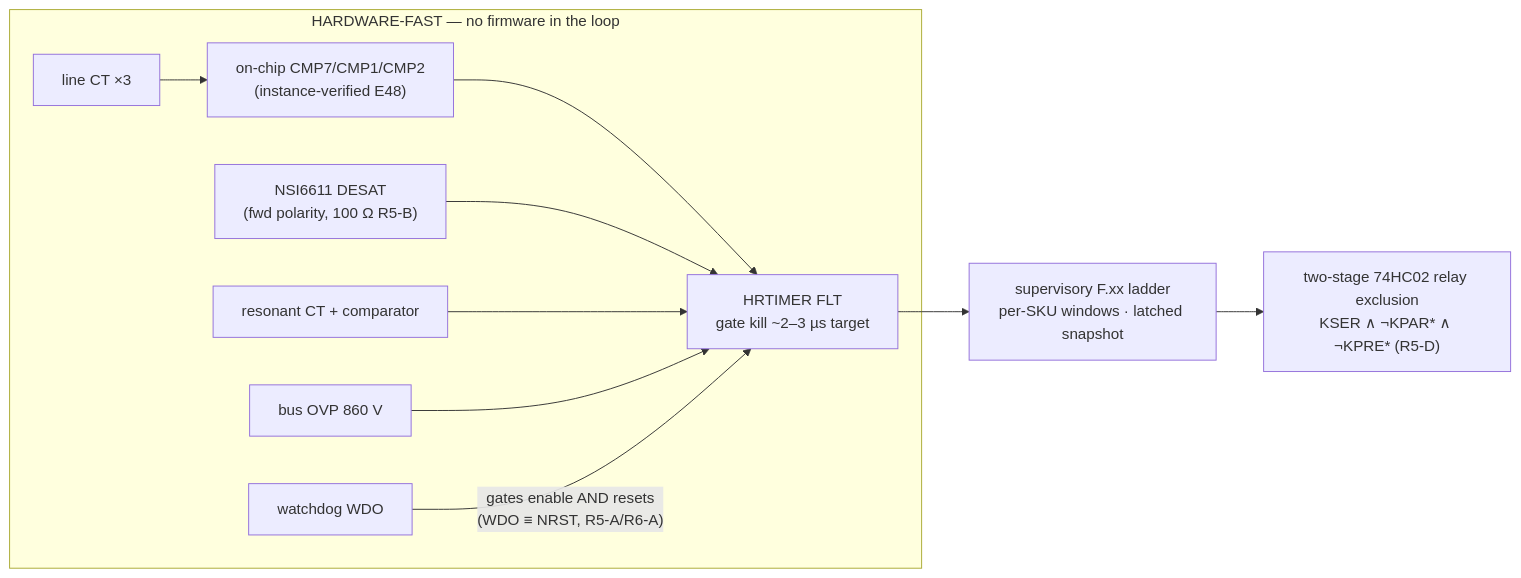
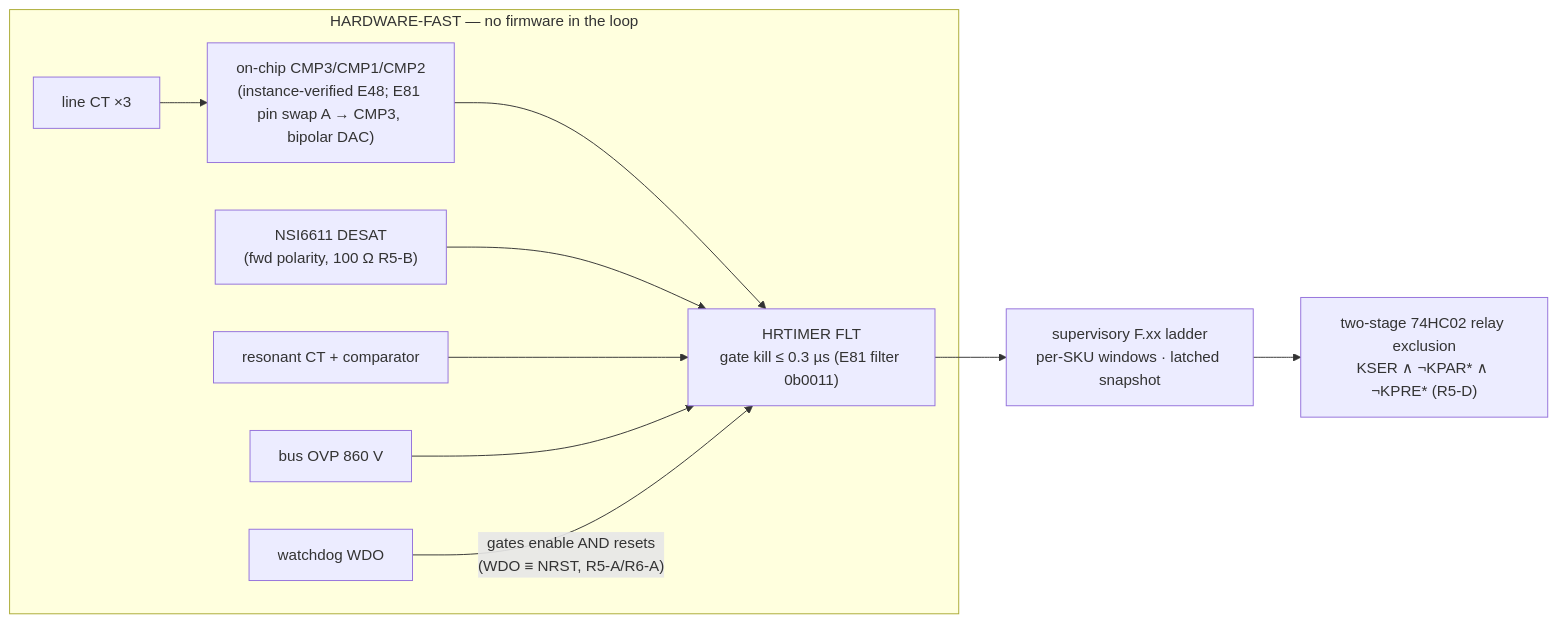
One commit to vectivolt/DC-Modules changed the diagram in docs/protection-thresholds.md. Above: the diagram before and after it, drawn with Mermaid. The commit also changed other lines of this file and 883 other files, not shown here.

````diff
--- a/docs/protection-thresholds.md
+++ b/docs/protection-thresholds.md
@@ -35,12 +35,12 @@
 ```mermaid
 flowchart LR
   subgraph HW["HARDWARE-FAST — no firmware in the loop"]
-    CT["line CT ×3"] --> CMP["on-chip CMP7/CMP1/CMP2<br/>(instance-verified E48)"] --> KILL["HRTIMER FLT<br/>gate kill ~2–3 µs target"]
+    CT["line CT ×3"] --> CMP["on-chip CMP3/CMP1/CMP2<br/>(instance-verified E48; E81 pin swap A → CMP3, bipolar DAC)"] --> KILL["HRTIMER FLT<br/>gate kill ≤ 0.3 µs (E81 filter 0b0011)"]
     DST["NSI6611 DESAT<br/>(fwd polarity, 100 Ω R5-B)"] --> KILL
     RCT["resonant CT + comparator"] --> KILL
     OVP["bus OVP 860 V"] --> KILL
     WD["watchdog WDO"] -->|"gates enable AND resets<br/>(WDO ≡ NRST, R5-A/R6-A)"| KILL
   end
   KILL --> FSM["supervisory F.xx ladder<br/>per-SKU windows · latched snapshot"]
   FSM --> EXCL["two-stage 74HC02 relay exclusion<br/>KSER ∧ ¬KPAR* ∧ ¬KPRE* (R5-D)"]
 ```
````
